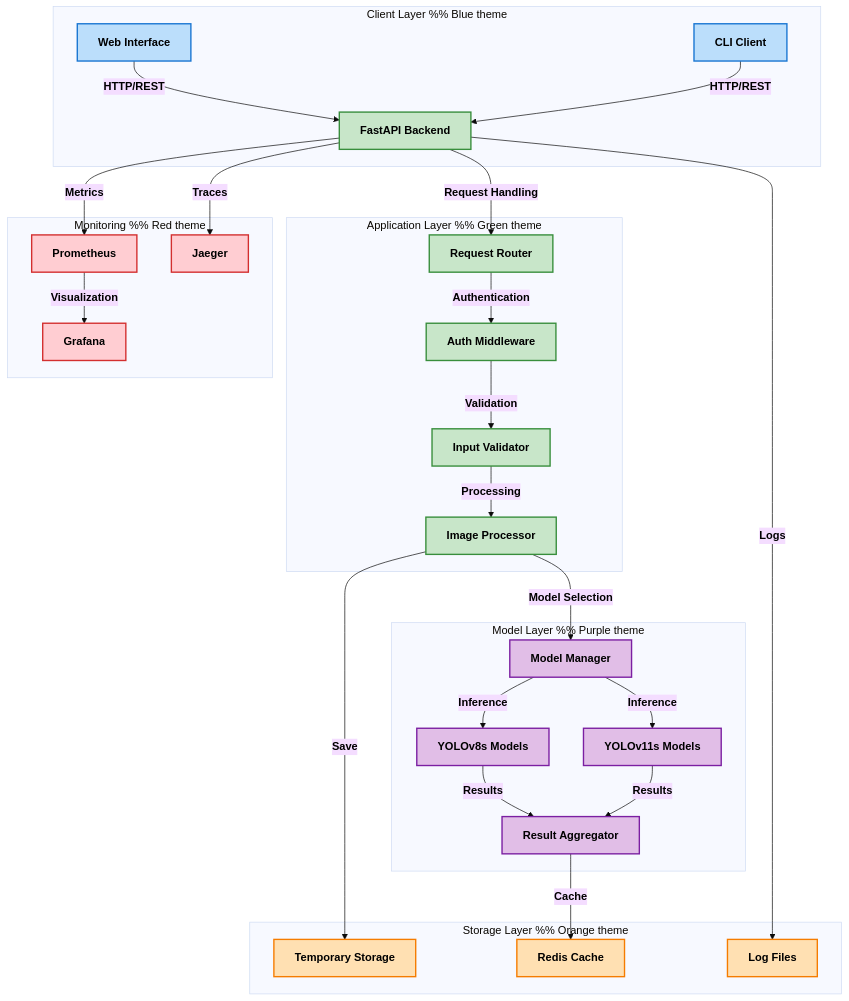
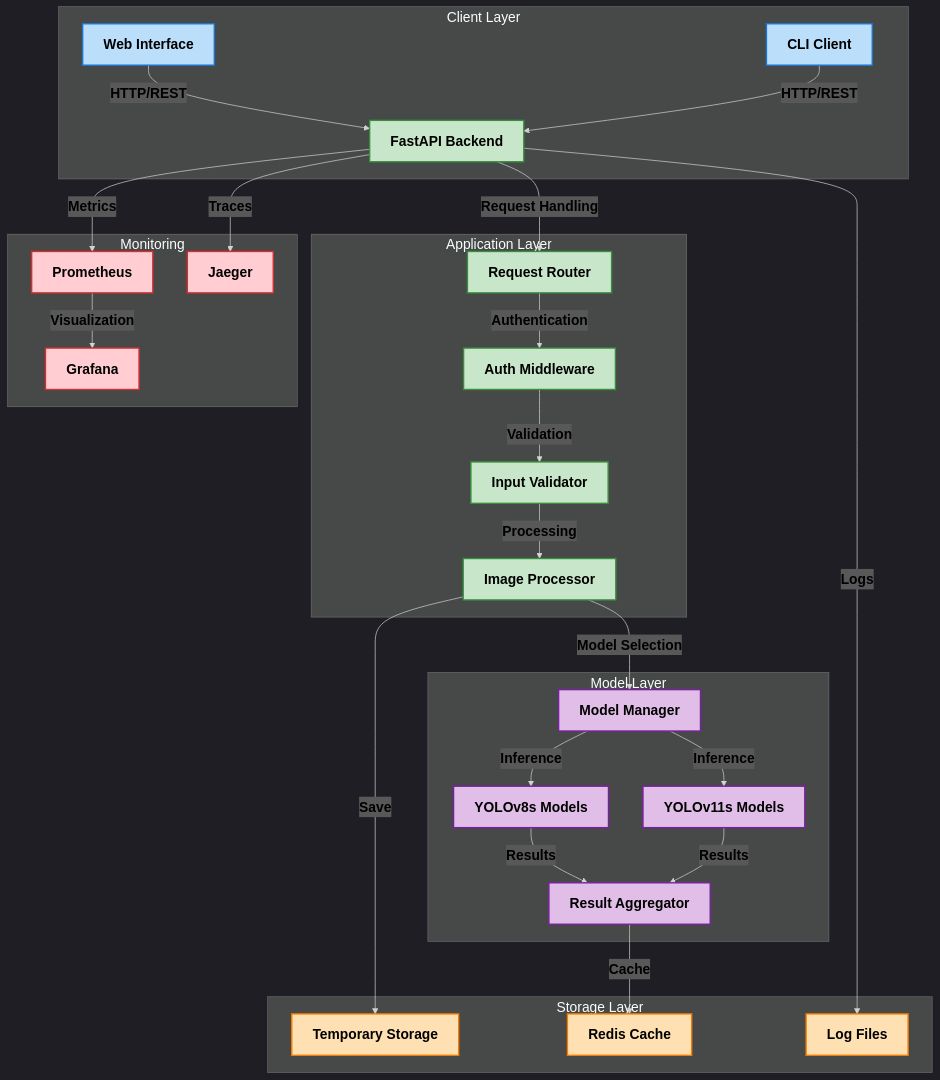
One commit to Dhruv0306/SymphonyProject1 changed the first of 5 diagrams in README.md. Above: the diagram before and after it, drawn with Mermaid. The commit also changed other lines of this file, not shown here.

````diff
--- a/README.md
+++ b/README.md
@@ -38,55 +38,55 @@
 ```mermaid
-%%{init: {'theme': 'base', 'themeVariables': { 'fontFamily': 'arial', 'fontSize': '16px'}}}%%
+%%{init: {'theme': 'dark', 'themeVariables': { 'fontFamily': 'arial', 'fontSize': '20px'}}}%%
 graph TD
-    subgraph "Client Layer" %% Blue theme
+    subgraph "Client Layer"
         style A fill:#bbdefb,stroke:#1976d2,stroke-width:2px,color:#000000,font-weight:bold
         style Z fill:#bbdefb,stroke:#1976d2,stroke-width:2px,color:#000000,font-weight:bold
         A[Web Interface] -->|HTTP/REST| B[FastAPI Backend]
         Z[CLI Client] -->|HTTP/REST| B
     end
 
-    subgraph "Application Layer" %% Green theme
+    subgraph "Application Layer"
         style B fill:#c8e6c9,stroke:#388e3c,stroke-width:2px,color:#000000,font-weight:bold
         style C fill:#c8e6c9,stroke:#388e3c,stroke-width:2px,color:#000000,font-weight:bold
         style D fill:#c8e6c9,stroke:#388e3c,stroke-width:2px,color:#000000,font-weight:bold
         style E fill:#c8e6c9,stroke:#388e3c,stroke-width:2px,color:#000000,font-weight:bold
         style F fill:#c8e6c9,stroke:#388e3c,stroke-width:2px,color:#000000,font-weight:bold
         B -->|Request Handling| C[Request Router]
         C -->|Authentication| D[Auth Middleware]
         D -->|Validation| E[Input Validator]
         E -->|Processing| F[Image Processor]
     end
 
-    subgraph "Model Layer" %% Purple theme
+    subgraph "Model Layer"
         style G fill:#e1bee7,stroke:#7b1fa2,stroke-width:2px,color:#000000,font-weight:bold
         style H fill:#e1bee7,stroke:#7b1fa2,stroke-width:2px,color:#000000,font-weight:bold
         style I fill:#e1bee7,stroke:#7b1fa2,stroke-width:2px,color:#000000,font-weight:bold
         style J fill:#e1bee7,stroke:#7b1fa2,stroke-width:2px,color:#000000,font-weight:bold
         F -->|Model Selection| G[Model Manager]
         G -->|Inference| H[YOLOv8s Models]
         G -->|Inference| I[YOLOv11s Models]
         H -->|Results| J[Result Aggregator]
         I -->|Results| J
     end
 
-    subgraph "Storage Layer" %% Orange theme
+    subgraph "Storage Layer" 
         style K fill:#ffe0b2,stroke:#f57c00,stroke-width:2px,color:#000000,font-weight:bold
         style L fill:#ffe0b2,stroke:#f57c00,stroke-width:2px,color:#000000,font-weight:bold
         style M fill:#ffe0b2,stroke:#f57c00,stroke-width:2px,color:#000000,font-weight:bold
         F -->|Save| K[Temporary Storage]
         J -->|Cache| L[Redis Cache]
         B -->|Logs| M[Log Files]
     end
 
-    subgraph "Monitoring" %% Red theme
+    subgraph "Monitoring" 
         style N fill:#ffcdd2,stroke:#d32f2f,stroke-width:2px,color:#000000,font-weight:bold
         style O fill:#ffcdd2,stroke:#d32f2f,stroke-width:2px,color:#000000,font-weight:bold
         style P fill:#ffcdd2,stroke:#d32f2f,stroke-width:2px,color:#000000,font-weight:bold
         B -->|Metrics| N[Prometheus]
         N -->|Visualization| O[Grafana]
         B -->|Traces| P[Jaeger]
     end
 
     %% Style all edge labels
     linkStyle default color:#000000,font-weight:bold
 ```
````
